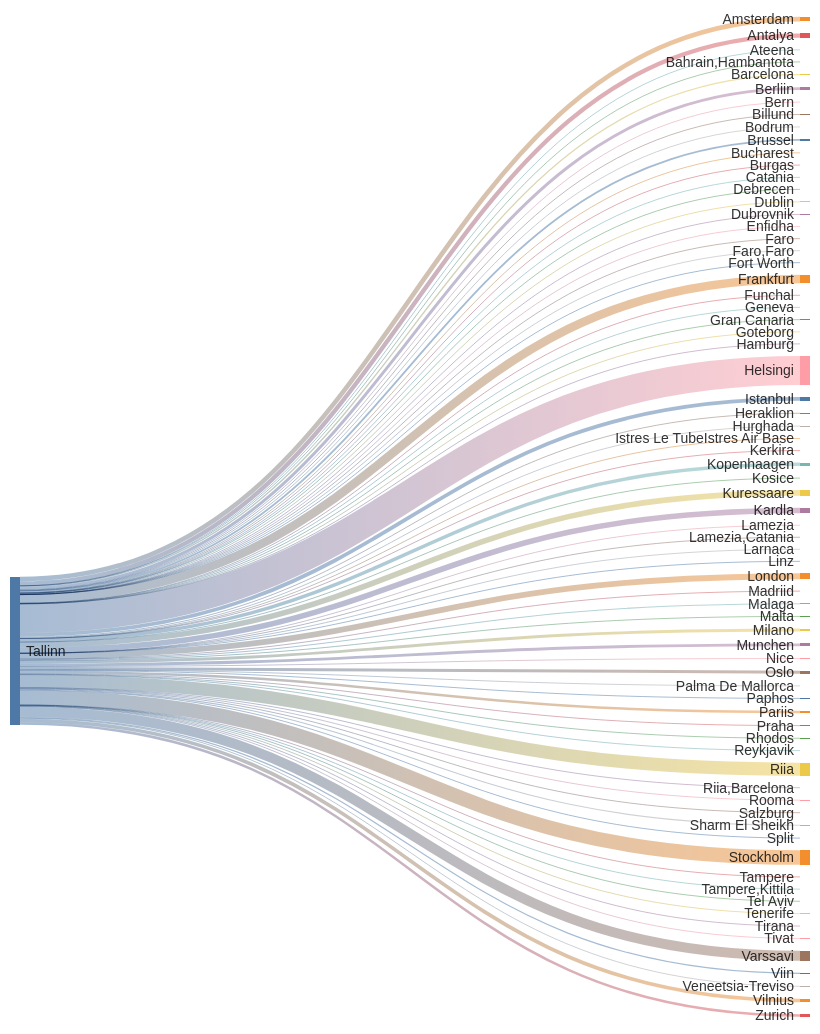
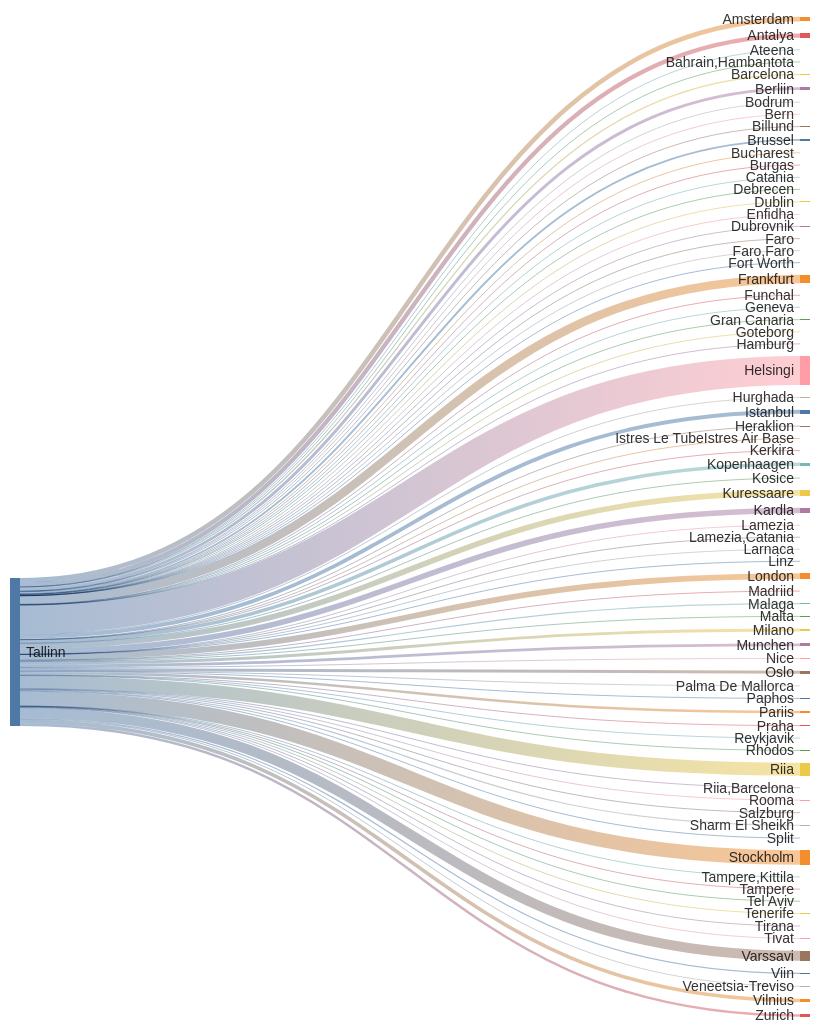
Before and after one commit to rainermesi/tll-airport-departures: the second of 2 diagrams in README.md, drawn with Mermaid. The commit also changed other lines of this file and 1 other file, not shown here.

````diff
--- a/README.md
+++ b/README.md
@@ -41,78 +41,78 @@
 ---
 sankey-beta
 %% source,target,value
-Tallinn,Amsterdam,411
+Tallinn,Amsterdam,413
 Tallinn,Antalya,388
 Tallinn,Ateena,16
 Tallinn,"Bahrain,Hambantota",1
 Tallinn,Barcelona,115
-Tallinn,Berliin,264
+Tallinn,Berliin,266
 Tallinn,Bern,1
 Tallinn,Billund,67
 Tallinn,Bodrum,11
-Tallinn,Brussel,166
+Tallinn,Brussel,167
 Tallinn,Bucharest,1
 Tallinn,Burgas,44
 Tallinn,Catania,2
 Tallinn,Debrecen,1
-Tallinn,Dublin,84
+Tallinn,Dublin,85
 Tallinn,Dubrovnik,21
 Tallinn,Enfidha,7
 Tallinn,Faro,4
 Tallinn,"Faro,Faro",1
 Tallinn,Fort Worth,1
-Tallinn,Frankfurt,771
+Tallinn,Frankfurt,774
 Tallinn,Funchal,5
 Tallinn,Geneva,13
 Tallinn,Gran Canaria,38
 Tallinn,Goteborg,1
 Tallinn,Hamburg,2
-Tallinn,Helsingi,2620
-Tallinn,Heraklion,79
+Tallinn,Helsingi,2629
+Tallinn,Heraklion,80
 Tallinn,Hurghada,75
-Tallinn,Istanbul,344
+Tallinn,Istanbul,345
 Tallinn,Istres Le TubeIstres Air Base,2
 Tallinn,Kerkira,4
-Tallinn,Kopenhaagen,316
+Tallinn,Kopenhaagen,317
 Tallinn,Kosice,1
-Tallinn,Kuressaare,500
-Tallinn,Kardla,500
+Tallinn,Kuressaare,501
+Tallinn,Kardla,501
 Tallinn,Lamezia,1
 Tallinn,"Lamezia,Catania",3
 Tallinn,Larnaca,4
 Tallinn,Linz,2
-Tallinn,London,521
+Tallinn,London,523
 Tallinn,Madriid,1
 Tallinn,Malaga,104
 Tallinn,Malta,24
-Tallinn,Milano,261
-Tallinn,Munchen,254
-Tallinn,Nice,41
-Tallinn,Oslo,268
+Tallinn,Milano,262
+Tallinn,Munchen,256
+Tallinn,Nice,42
+Tallinn,Oslo,270
 Tallinn,Palma De Mallorca,28
 Tallinn,Paphos,66
-Tallinn,Pariis,221
-Tallinn,Praha,70
+Tallinn,Pariis,222
+Tallinn,Praha,71
 Tallinn,Reykjavik,10
 Tallinn,Rhodos,49
-Tallinn,Riia,1176
+Tallinn,Riia,1180
 Tallinn,"Riia,Barcelona",1
 Tallinn,Rooma,80
 Tallinn,Salzburg,14
 Tallinn,Sharm El Sheikh,98
-Tallinn,Split,42
-Tallinn,Stockholm,1305
+Tallinn,Split,43
+Tallinn,Stockholm,1309
 Tallinn,Tampere,17
 Tallinn,"Tampere,Kittila",21
 Tallinn,Tel Aviv,2
 Tallinn,Tenerife,58
 Tallinn,Tirana,23
-Tallinn,Tivat,50
-Tallinn,Varssavi,903
+Tallinn,Tivat,51
+Tallinn,Varssavi,907
 Tallinn,Veneetsia-Treviso,67
 Tallinn,Viin,106
-Tallinn,Vilnius,324
-Tallinn,Zurich,227
+Tallinn,Vilnius,325
+Tallinn,Zurich,228
 
 
 ```
````
